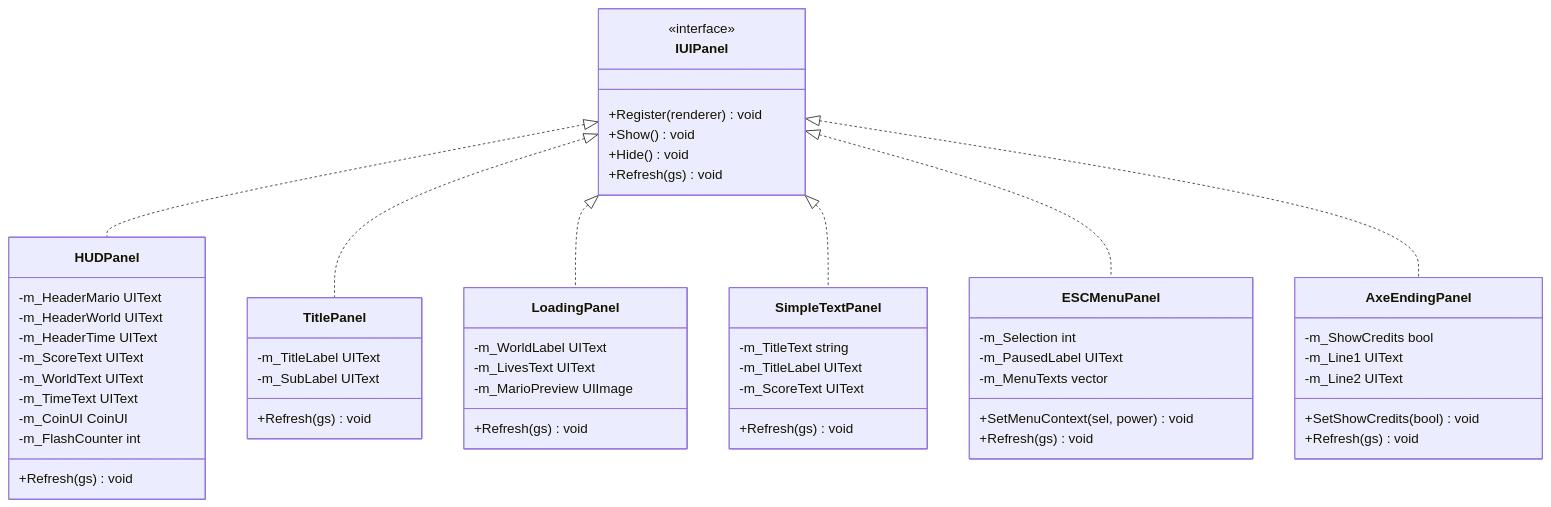
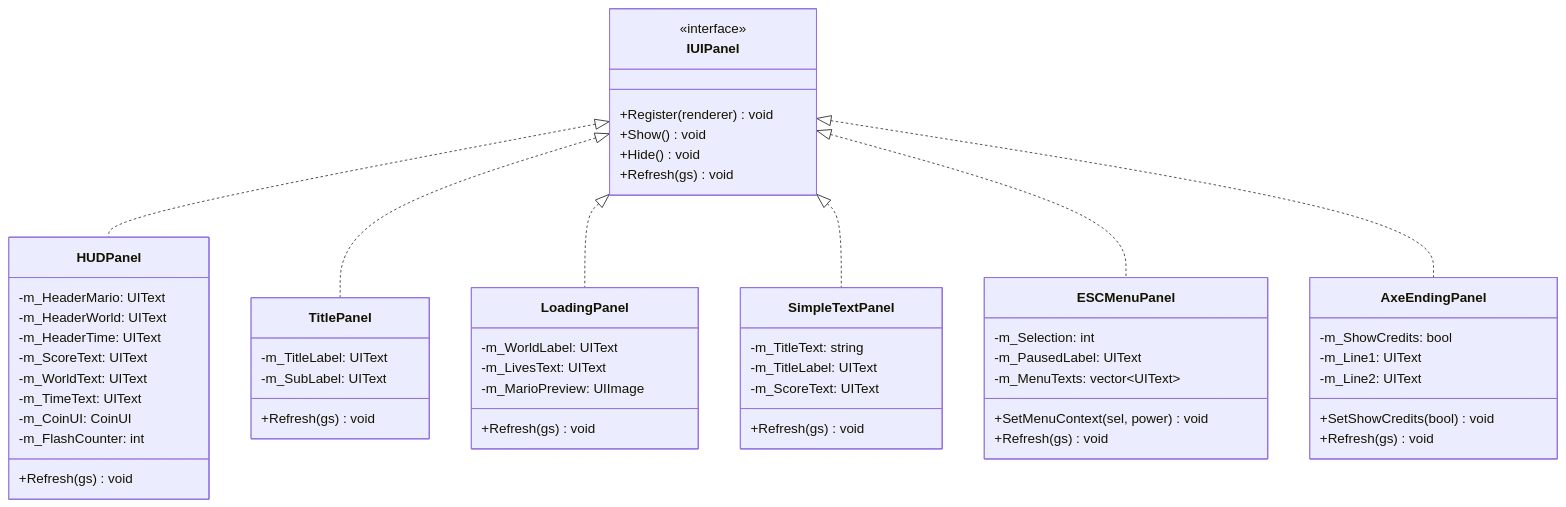
One commit to Andy87877/NTUT_OOPL_mario changed the seventh of 23 diagrams in Constructure.md. Above: the diagram before and after it, drawn with Mermaid. The commit also changed other lines of this file, not shown here.

````diff
--- a/Constructure.md
+++ b/Constructure.md
@@ -516,58 +502,58 @@
 ```mermaid
 classDiagram
     class IUIPanel {
         <<interface>>
         +Register(renderer) void
         +Show() void
         +Hide() void
         +Refresh(gs) void
     }
     class HUDPanel {
         +Refresh(gs) void
-        -m_HeaderMario UIText
-        -m_HeaderWorld UIText
-        -m_HeaderTime UIText
-        -m_ScoreText UIText
-        -m_WorldText UIText
-        -m_TimeText UIText
-        -m_CoinUI CoinUI
-        -m_FlashCounter int
+        -m_HeaderMario: UIText
+        -m_HeaderWorld: UIText
+        -m_HeaderTime: UIText
+        -m_ScoreText: UIText
+        -m_WorldText: UIText
+        -m_TimeText: UIText
+        -m_CoinUI: CoinUI
+        -m_FlashCounter: int
     }
     class TitlePanel {
         +Refresh(gs) void
-        -m_TitleLabel UIText
-        -m_SubLabel UIText
+        -m_TitleLabel: UIText
+        -m_SubLabel: UIText
     }
     class LoadingPanel {
         +Refresh(gs) void
-        -m_WorldLabel UIText
-        -m_LivesText UIText
-        -m_MarioPreview UIImage
+        -m_WorldLabel: UIText
+        -m_LivesText: UIText
+        -m_MarioPreview: UIImage
     }
     class SimpleTextPanel {
         +Refresh(gs) void
-        -m_TitleText string
-        -m_TitleLabel UIText
-        -m_ScoreText UIText
+        -m_TitleText: string
+        -m_TitleLabel: UIText
+        -m_ScoreText: UIText
     }
     class ESCMenuPanel {
         +SetMenuContext(sel, power) void
         +Refresh(gs) void
-        -m_Selection int
-        -m_PausedLabel UIText
-        -m_MenuTexts vector
+        -m_Selection: int
+        -m_PausedLabel: UIText
+        -m_MenuTexts: vector~UIText~
     }
     class AxeEndingPanel {
         +SetShowCredits(bool) void
         +Refresh(gs) void
-        -m_ShowCredits bool
-        -m_Line1 UIText
-        -m_Line2 UIText
+        -m_ShowCredits: bool
+        -m_Line1: UIText
+        -m_Line2: UIText
     }
     IUIPanel <|.. HUDPanel
     IUIPanel <|.. TitlePanel
     IUIPanel <|.. LoadingPanel
     IUIPanel <|.. SimpleTextPanel
     IUIPanel <|.. ESCMenuPanel
     IUIPanel <|.. AxeEndingPanel
 ```
````
